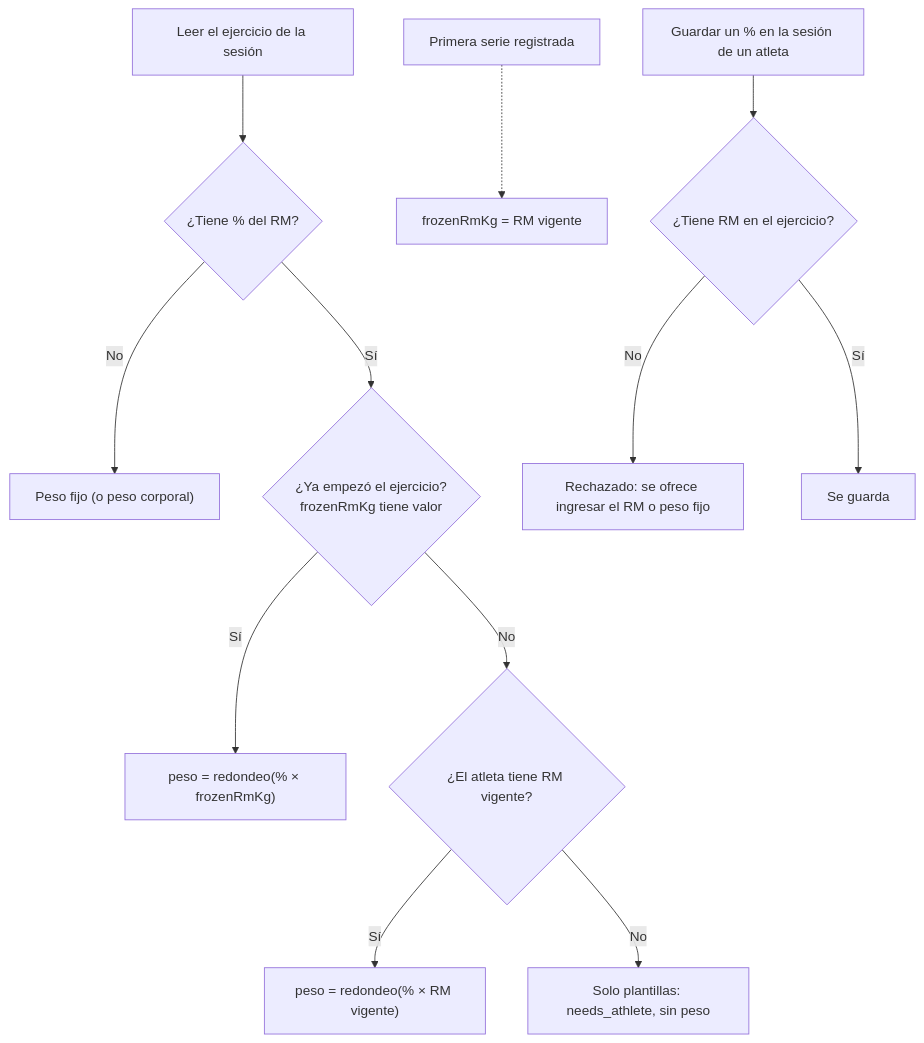
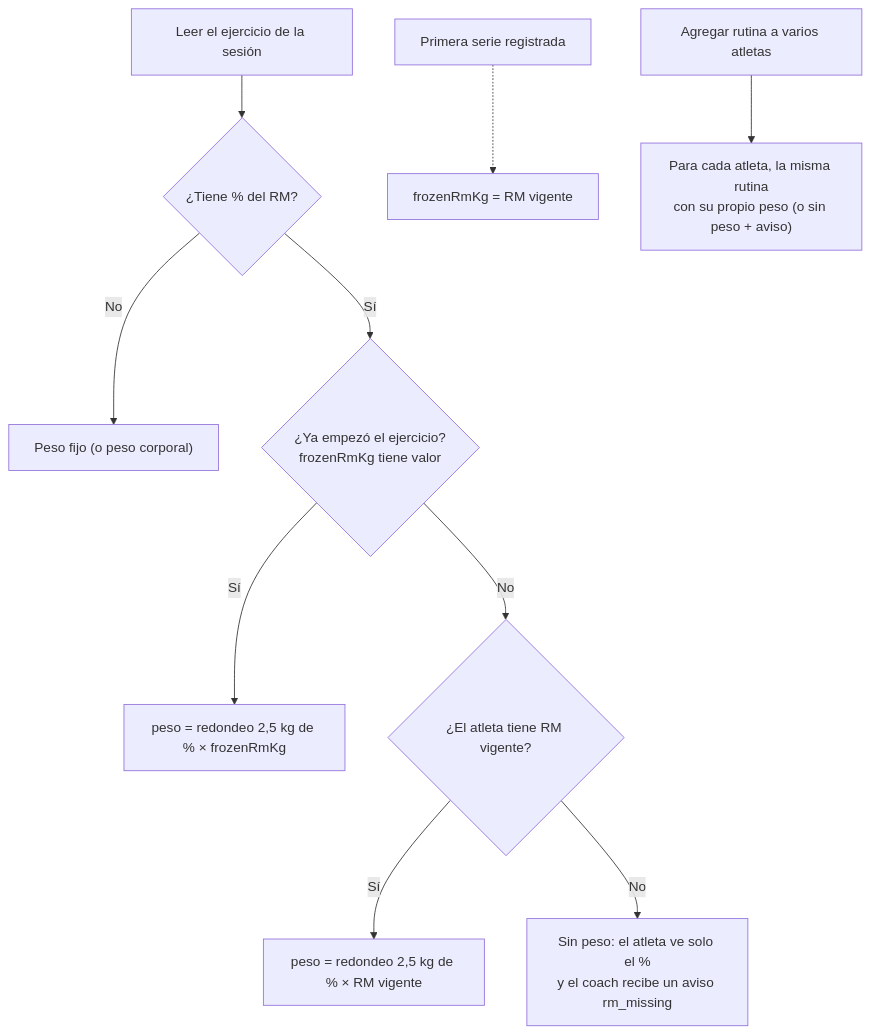
Before and after one commit to mariapazGomez/cycles: the second of 2 diagrams in docs/diseno/rm-porcentaje/README.md, drawn with Mermaid. The commit also changed other lines of this file, not shown here.

Commit message:
CYC-305: README con las respuestas de la usuaria

````diff
--- a/docs/diseno/rm-porcentaje/README.md
+++ b/docs/diseno/rm-porcentaje/README.md
@@ -122,14 +130,12 @@
 ```mermaid
 flowchart TD
   A["Leer el ejercicio de la sesión"] --> B{"¿Tiene % del RM?"}
   B -- No --> C["Peso fijo (o peso corporal)"]
   B -- Sí --> D{"¿Ya empezó el ejercicio?<br/>frozenRmKg tiene valor"}
-  D -- Sí --> E["peso = redondeo(% × frozenRmKg)"]
+  D -- Sí --> E["peso = redondeo 2,5 kg de % × frozenRmKg"]
   D -- No --> F{"¿El atleta tiene RM vigente?"}
-  F -- Sí --> G["peso = redondeo(% × RM vigente)"]
-  F -- No --> H["Solo plantillas: needs_athlete, sin peso"]
+  F -- Sí --> G["peso = redondeo 2,5 kg de % × RM vigente"]
+  F -- No --> H["Sin peso: el atleta ve solo el %<br/>y el coach recibe un aviso rm_missing"]
   I["Primera serie registrada"] -.-> J["frozenRmKg = RM vigente"]
-  K["Guardar un % en la sesión de un atleta"] --> L{"¿Tiene RM en el ejercicio?"}
-  L -- No --> M["Rechazado: se ofrece ingresar el RM o peso fijo"]
-  L -- Sí --> N["Se guarda"]
+  K["Agregar rutina a varios atletas"] --> L["Para cada atleta, la misma rutina<br/>con su propio peso (o sin peso + aviso)"]
 ```
````
